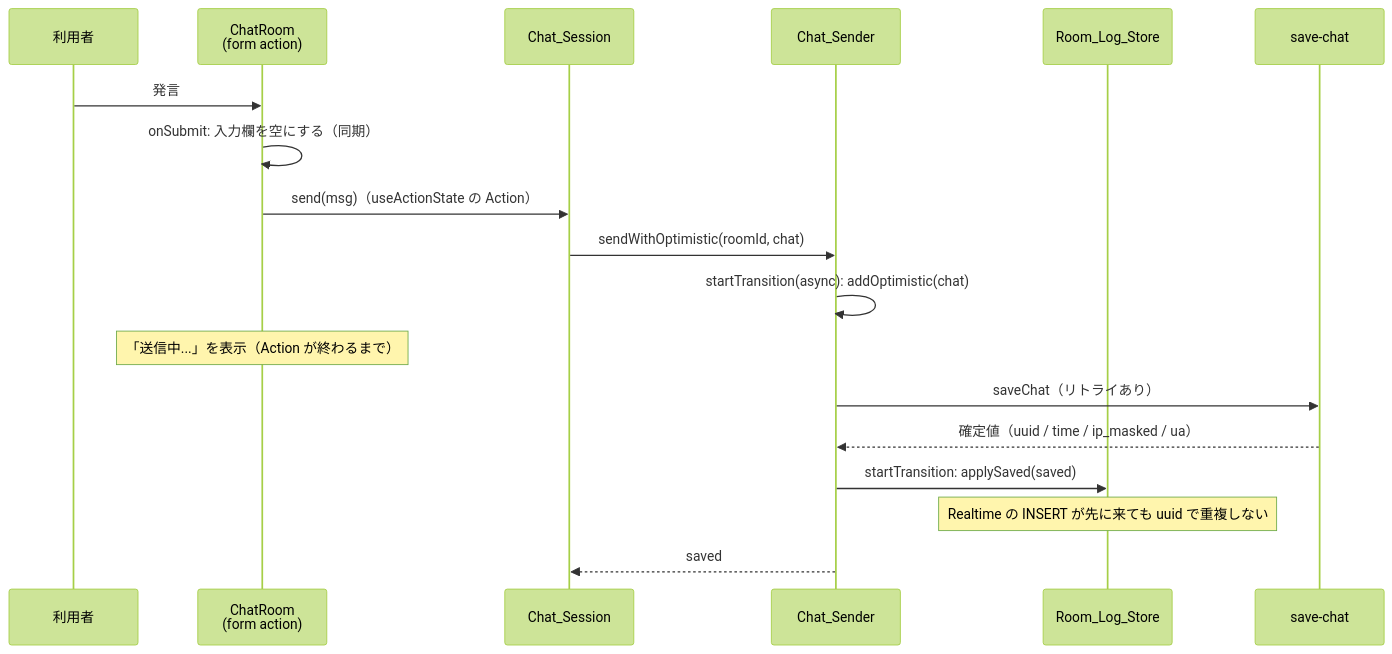
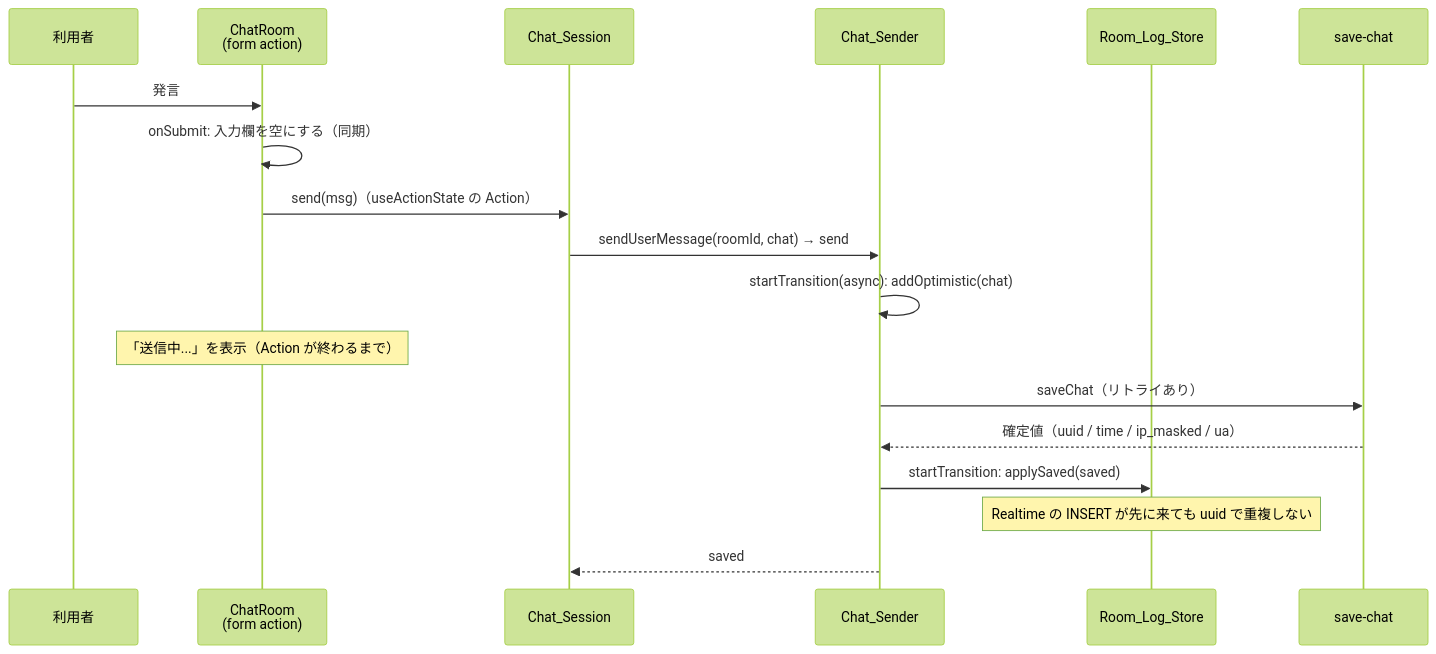
Before and after one commit to isrnao/yui-chat-ts: the third of 4 diagrams in .kiro/specs/react-2026-refactoring/design.md, drawn with Mermaid (forest theme). The commit also changed other lines of this file and 2 other files, not shown here.

````diff
--- a/.kiro/specs/react-2026-refactoring/design.md
+++ b/.kiro/specs/react-2026-refactoring/design.md
@@ -582,20 +605,20 @@
 ```mermaid
 sequenceDiagram
   participant U as 利用者
   participant F as ChatRoom<br/>(form action)
   participant S as Chat_Session
   participant C as Chat_Sender
   participant L as Room_Log_Store
   participant E as save-chat
   U->>F: 発言
   F->>F: onSubmit: 入力欄を空にする（同期）
   F->>S: send(msg)（useActionState の Action）
-  S->>C: sendWithOptimistic(roomId, chat)
+  S->>C: sendUserMessage(roomId, chat) → send
   C->>C: startTransition(async): addOptimistic(chat)
   Note over F: 「送信中...」を表示（Action が終わるまで）
   C->>E: saveChat（リトライあり）
   E-->>C: 確定値（uuid / time / ip_masked / ua）
   C->>L: startTransition: applySaved(saved)
   Note over L: Realtime の INSERT が先に来ても uuid で重複しない
   C-->>S: saved
 ```
````
